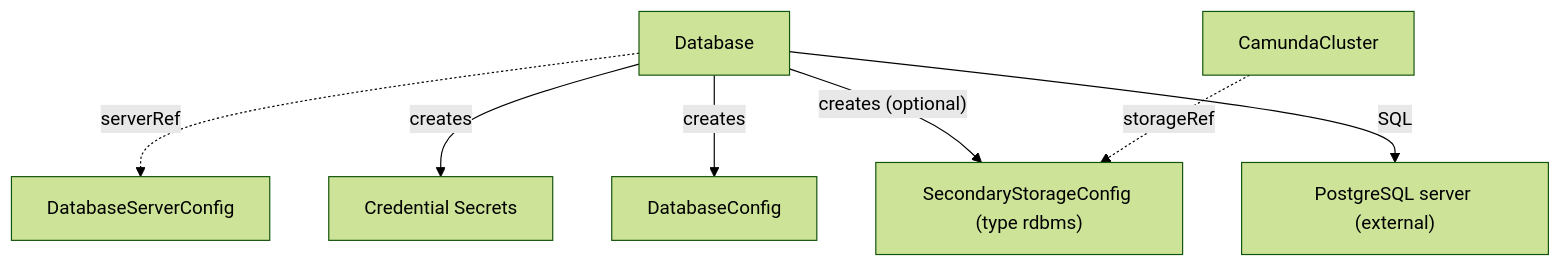
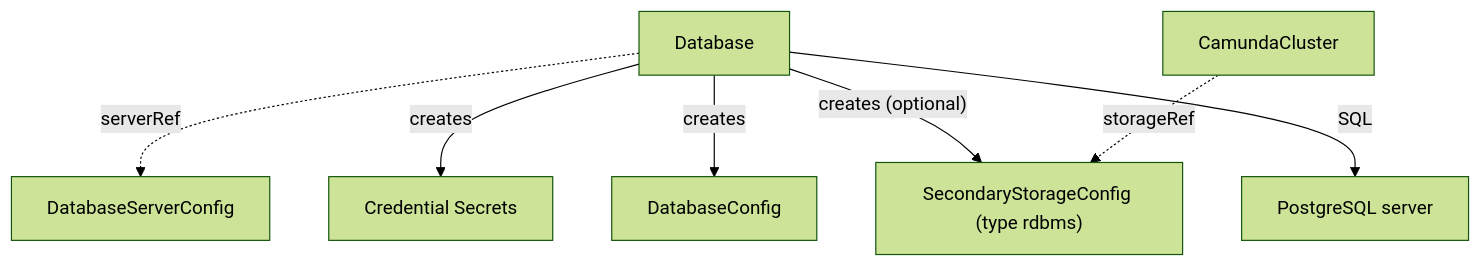
The diagram in docs/crds/database.md (konsole-is/camunda-operator), drawn with Mermaid (forest theme) before and after one commit. The commit also changed other lines of this file and 36 other files, not shown here.

````diff
--- a/docs/crds/database.md
+++ b/docs/crds/database.md
@@ -28,9 +22,9 @@
 ```mermaid
 graph TD
     DB[Database] -.->|serverRef| DBSC[DatabaseServerConfig]
     DB -->|creates| SEC["Credential Secrets"]
     DB -->|creates| DBC[DatabaseConfig]
     DB -->|"creates (optional)"| SSC["SecondaryStorageConfig (type rdbms)"]
-    DB -->|SQL| PG["PostgreSQL server (external)"]
+    DB -->|SQL| PG["PostgreSQL server"]
     CC[CamundaCluster] -.->|storageRef| SSC
 ```
````
